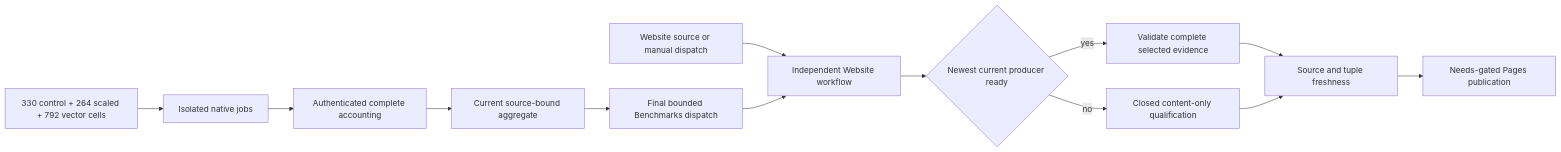
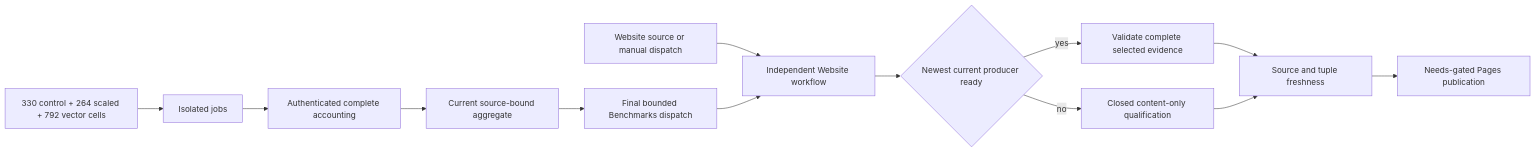
One commit to managedcode/KeyLoad changed the diagram in docs/ADR/ADR-076-current-cohort-publication.md. Above: the diagram before and after it, drawn with Mermaid. The commit also changed other lines of this file and 9016 other files, not shown here.

````diff
--- a/docs/ADR/ADR-076-current-cohort-publication.md
+++ b/docs/ADR/ADR-076-current-cohort-publication.md
@@ -104,15 +104,15 @@
 ```mermaid
 flowchart LR
-    Plan[330 control + 264 scaled + 792 vector cells] --> Jobs[Isolated native jobs]
+    Plan[330 control + 264 scaled + 792 vector cells] --> Jobs[Isolated jobs]
     Jobs --> Accounting[Authenticated complete accounting]
     Accounting --> Aggregate[Current source-bound aggregate]
     Source[Website source or manual dispatch] --> Website[Independent Website workflow]
     Aggregate --> Trigger[Final bounded Benchmarks dispatch]
     Trigger --> Website
     Website --> Ready{Newest current producer ready}
     Ready -->|yes| Measured[Validate complete selected evidence]
     Ready -->|no| Content[Closed content-only qualification]
     Measured --> Fresh[Source and tuple freshness]
     Content --> Fresh
     Fresh --> Pages[Needs-gated Pages publication]
 ```
````
